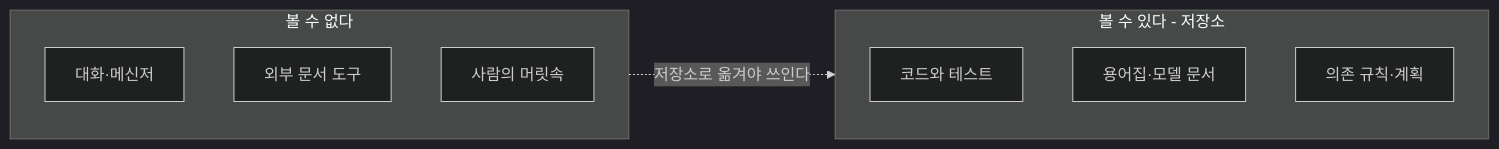
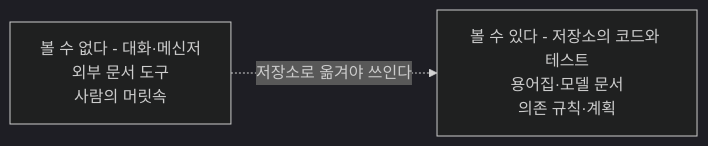
The second of 4 diagrams in courses/ai-native/sessions/s05.md (YoungSan77/TrainingMaterials), drawn with Mermaid (dark theme) before and after one commit. The commit also changed other lines of this file and 29 other files, not shown here.

````diff
--- a/courses/ai-native/sessions/s05.md
+++ b/courses/ai-native/sessions/s05.md
@@ -221,14 +221,4 @@
 ```mermaid
 flowchart LR
-    subgraph V["볼 수 있다 - 저장소"]
-        V1["코드와 테스트"]
-        V2["용어집·모델 문서"]
-        V3["의존 규칙·계획"]
-    end
-    subgraph I["볼 수 없다"]
-        I1["대화·메신저"]
-        I2["외부 문서 도구"]
-        I3["사람의 머릿속"]
-    end
-    I -. "저장소로 옮겨야 쓰인다" .-> V
+    I["볼 수 없다 - 대화·메신저<br/>외부 문서 도구<br/>사람의 머릿속"] -. "저장소로 옮겨야 쓰인다" .-> V["볼 수 있다 - 저장소의 코드와 테스트<br/>용어집·모델 문서<br/>의존 규칙·계획"]
 ```
````
